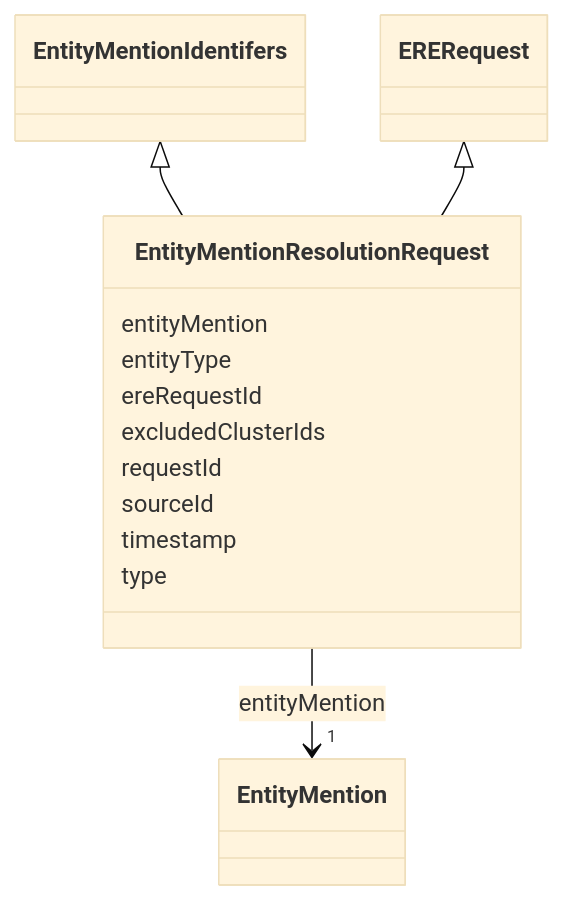
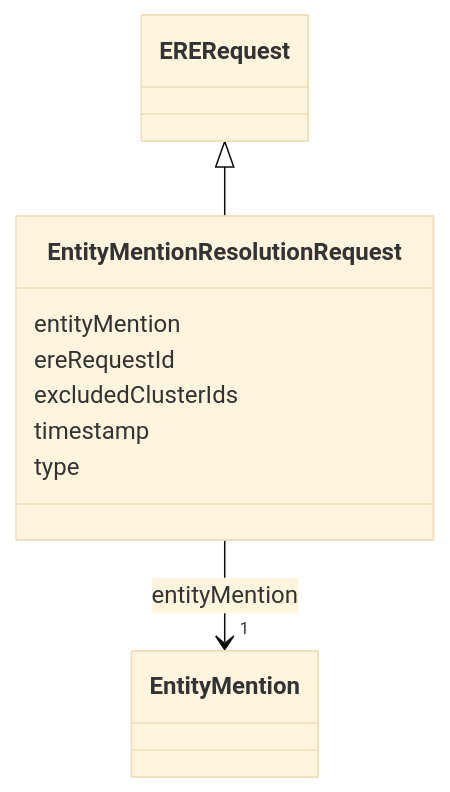
The diagram in docs/schema/EntityMentionResolutionRequest.md (OP-TED/entity-resolution-spec), drawn with Mermaid (base theme) before and after one commit. The commit also changed other lines of this file and 23 other files, not shown here.

````diff
--- a/docs/schema/EntityMentionResolutionRequest.md
+++ b/docs/schema/EntityMentionResolutionRequest.md
@@ -20,36 +20,28 @@
 ```mermaid
  classDiagram
     class EntityMentionResolutionRequest
     click EntityMentionResolutionRequest href "../EntityMentionResolutionRequest/"
-      EntityMentionIdentifers <|-- EntityMentionResolutionRequest
-        click EntityMentionIdentifers href "../EntityMentionIdentifers/"
       ERERequest <|-- EntityMentionResolutionRequest
         click ERERequest href "../ERERequest/"
       
       EntityMentionResolutionRequest : entityMention
         
           
     
         
         
         EntityMentionResolutionRequest --> "1" EntityMention : entityMention
         click EntityMention href "../EntityMention/"
     
 
         
-      EntityMentionResolutionRequest : entityType
-        
       EntityMentionResolutionRequest : ereRequestId
         
       EntityMentionResolutionRequest : excludedClusterIds
-        
-      EntityMentionResolutionRequest : requestId
-        
-      EntityMentionResolutionRequest : sourceId
         
       EntityMentionResolutionRequest : timestamp
         
       EntityMentionResolutionRequest : type
         
       
 ```
````
